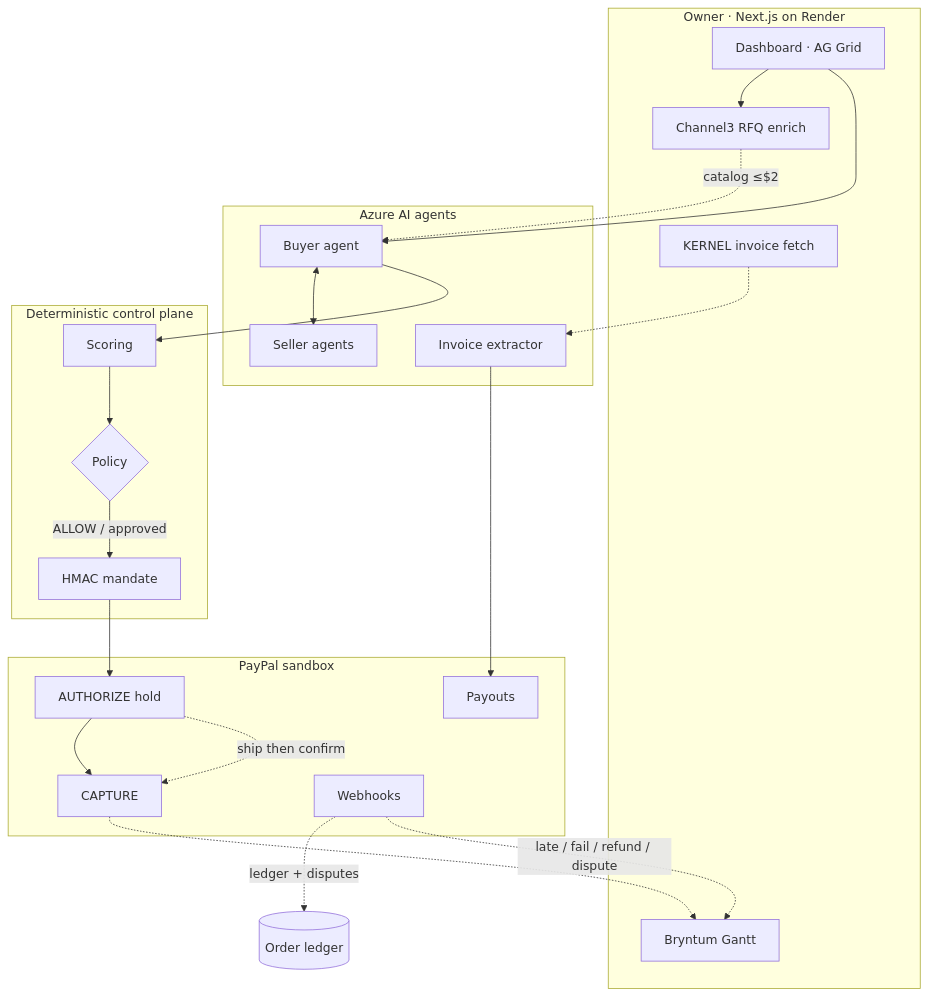
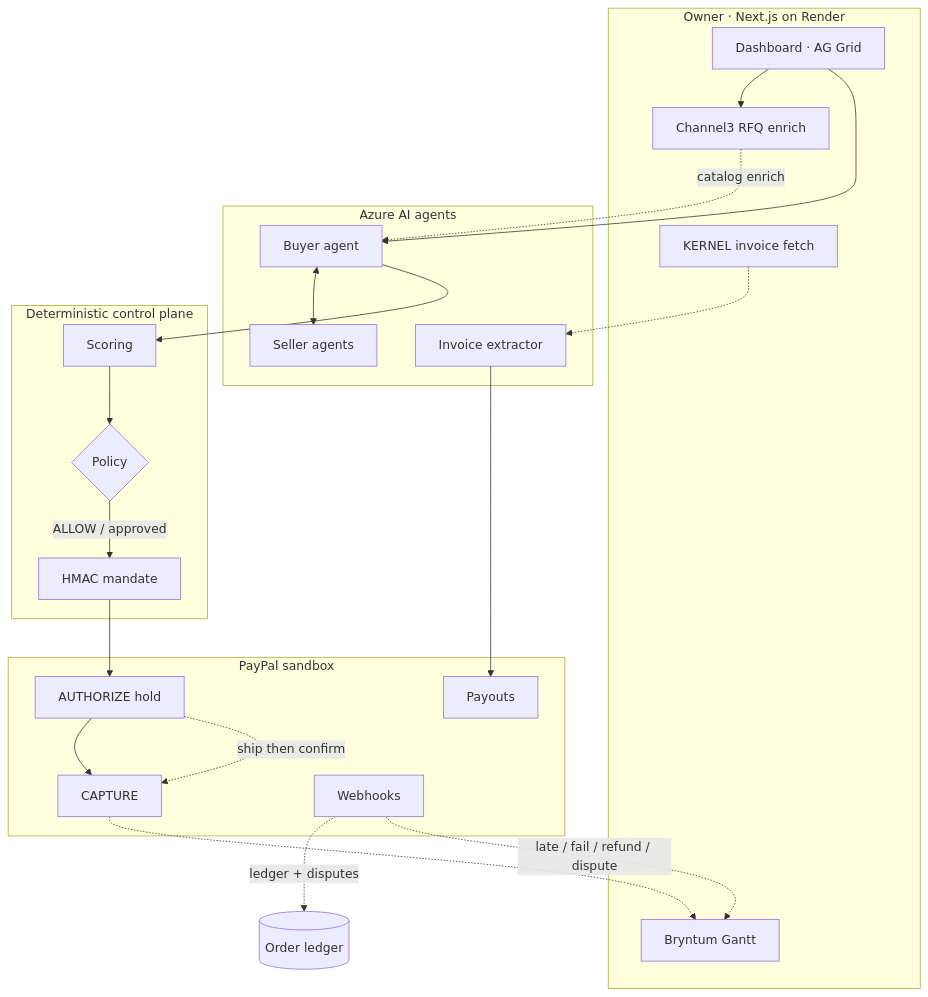
Before and after one commit to suhail39ahmed/agentic-procurement: the diagram in README.md, drawn with Mermaid. The commit also changed other lines of this file and 16 other files, not shown here.

````diff
--- a/README.md
+++ b/README.md
@@ -44,39 +44,39 @@
 ```mermaid
 flowchart TB
   subgraph Owner["Owner · Next.js on Render"]
     UI[Dashboard · AG Grid]
     C3[Channel3 RFQ enrich]
     KN[KERNEL invoice fetch]
     BG[Bryntum Gantt]
   end
 
   subgraph Agents["Azure AI agents"]
     B[Buyer agent]
     S[Seller agents]
     EX[Invoice extractor]
   end
 
   subgraph Govern["Deterministic control plane"]
     SC[Scoring]
     PE{Policy}
     M[HMAC mandate]
   end
 
   subgraph PayPal["PayPal sandbox"]
     AUTH[AUTHORIZE hold]
     CAP[CAPTURE]
     PO[Payouts]
     WH[Webhooks]
   end
 
-  UI --> C3 -.->|catalog ≤$2| B
+  UI --> C3 -.->|catalog enrich| B
   UI --> B
   B <--> S
   B --> SC --> PE
   PE -->|ALLOW / approved| M --> AUTH --> CAP
   AUTH -.->|ship then confirm| CAP
   KN -.-> EX --> PO
   WH -.->|ledger + disputes| L[(Order ledger)]
   WH -.->|late / fail / refund / dispute| BG
   CAP -.-> BG
 ```
````
